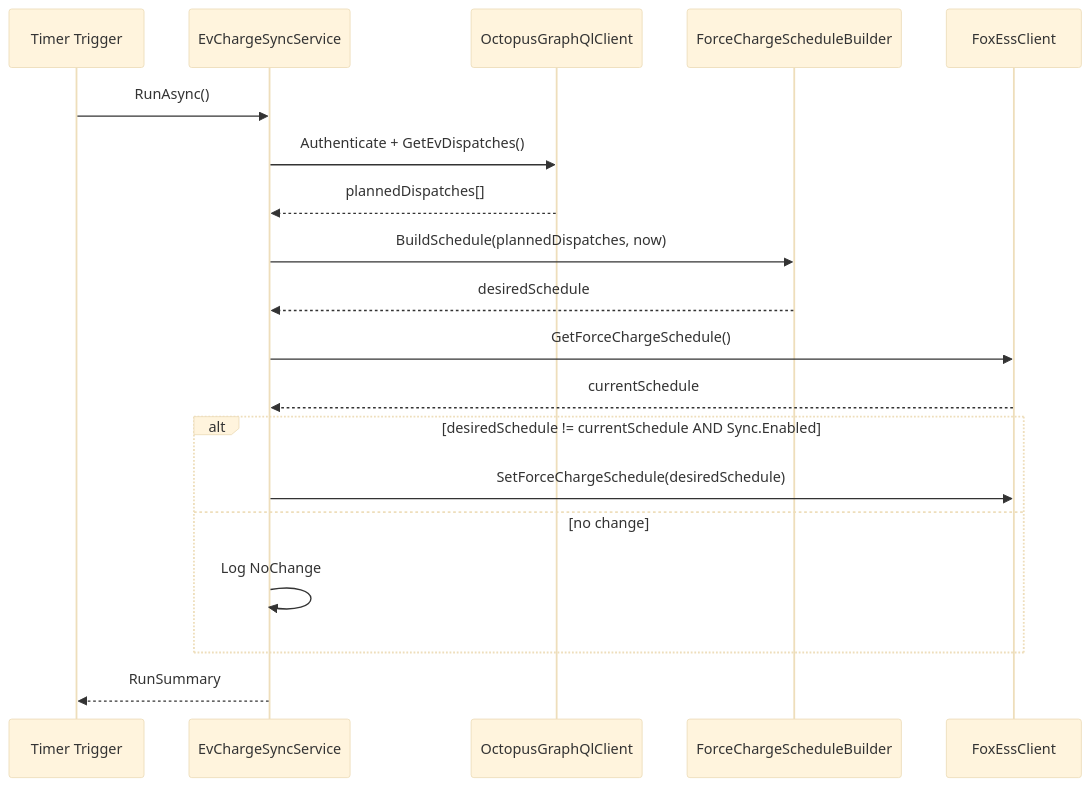
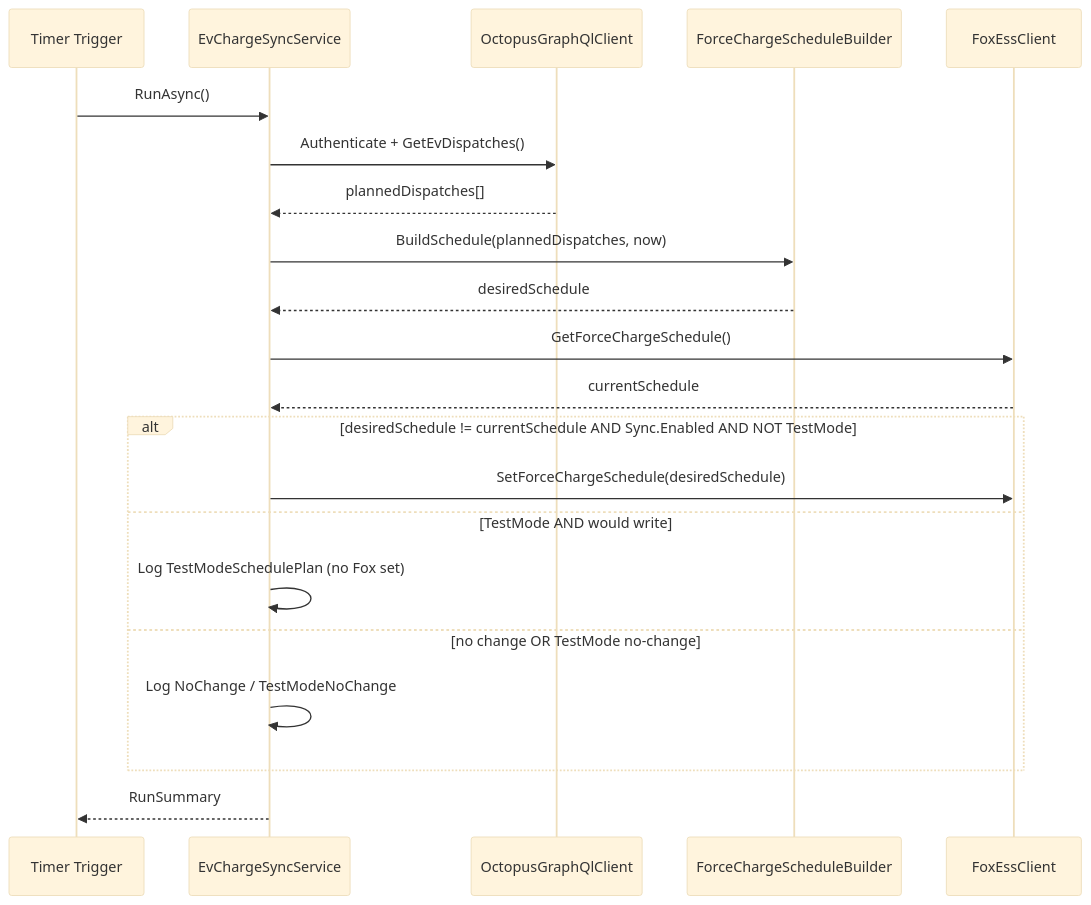
One commit to richardgranville/SmartWattWatt changed the second of 2 diagrams in docs/specs/SmartWattWattFunc.md. Above: the diagram before and after it, drawn with Mermaid (base theme). The commit also changed other lines of this file and 10 other files, not shown here.

Commit message:
Added Test Mode

````diff
--- a/docs/specs/SmartWattWattFunc.md
+++ b/docs/specs/SmartWattWattFunc.md
@@ -402,22 +536,24 @@
 ```mermaid
 sequenceDiagram
     participant T as Timer Trigger
     participant S as EvChargeSyncService
     participant O as OctopusGraphQlClient
     participant B as ForceChargeScheduleBuilder
     participant F as FoxEssClient
 
     T->>S: RunAsync()
     S->>O: Authenticate + GetEvDispatches()
     O-->>S: plannedDispatches[]
     S->>B: BuildSchedule(plannedDispatches, now)
     B-->>S: desiredSchedule
     S->>F: GetForceChargeSchedule()
     F-->>S: currentSchedule
-    alt desiredSchedule != currentSchedule AND Sync.Enabled
+    alt desiredSchedule != currentSchedule AND Sync.Enabled AND NOT TestMode
         S->>F: SetForceChargeSchedule(desiredSchedule)
-    else no change
-        S->>S: Log NoChange
+    else TestMode AND would write
+        S->>S: Log TestModeSchedulePlan (no Fox set)
+    else no change OR TestMode no-change
+        S->>S: Log NoChange / TestModeNoChange
     end
     S-->>T: RunSummary
 ```
````
